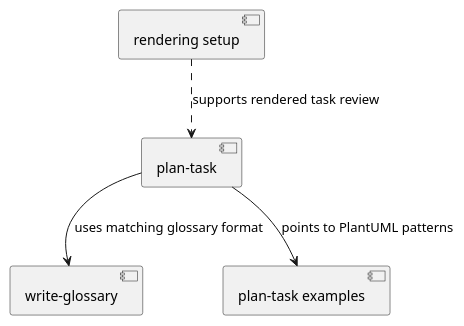
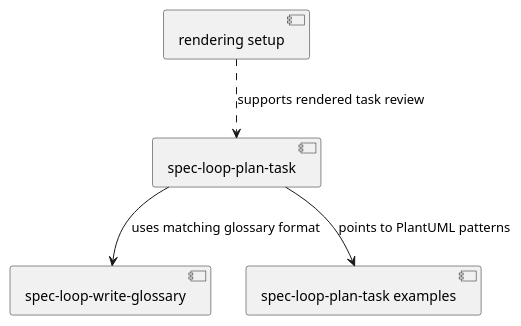
One commit to dpolivaev/spec-loop changed the first of 3 diagrams in tasks/review/assess-pull-request-skill.md. Above: the diagram before and after it, drawn with PlantUML. The commit also changed other lines of this file and 20 other files, not shown here.

````diff
--- a/tasks/review/assess-pull-request-skill.md
+++ b/tasks/review/assess-pull-request-skill.md
@@ -145,12 +145,12 @@
 ```plantuml
 @startuml
-component "plan-task" as plan
-component "write-glossary" as glossary
+component "spec-loop-plan-task" as plan
+component "spec-loop-write-glossary" as glossary
 component "rendering setup" as render
-component "plan-task examples" as examples
+component "spec-loop-plan-task examples" as examples
 
 plan --> glossary : uses matching glossary format
 plan --> examples : points to PlantUML patterns
 render ..> plan : supports rendered task review
 @enduml
 ```
````
